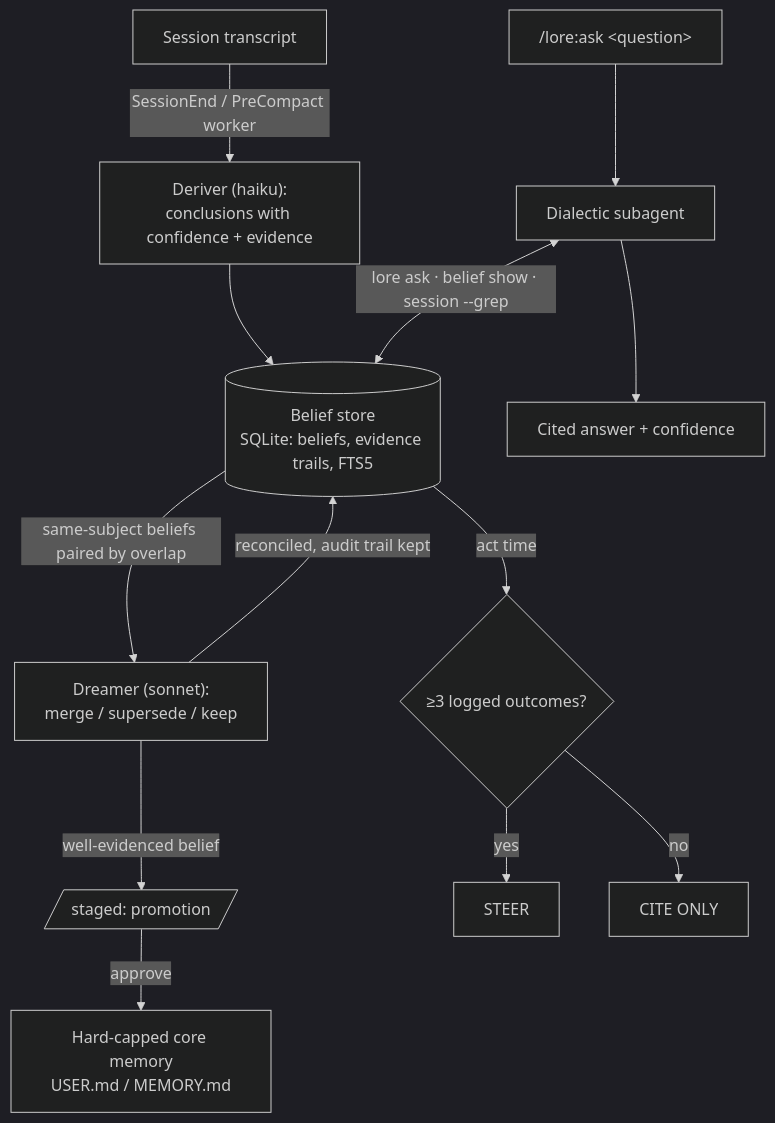
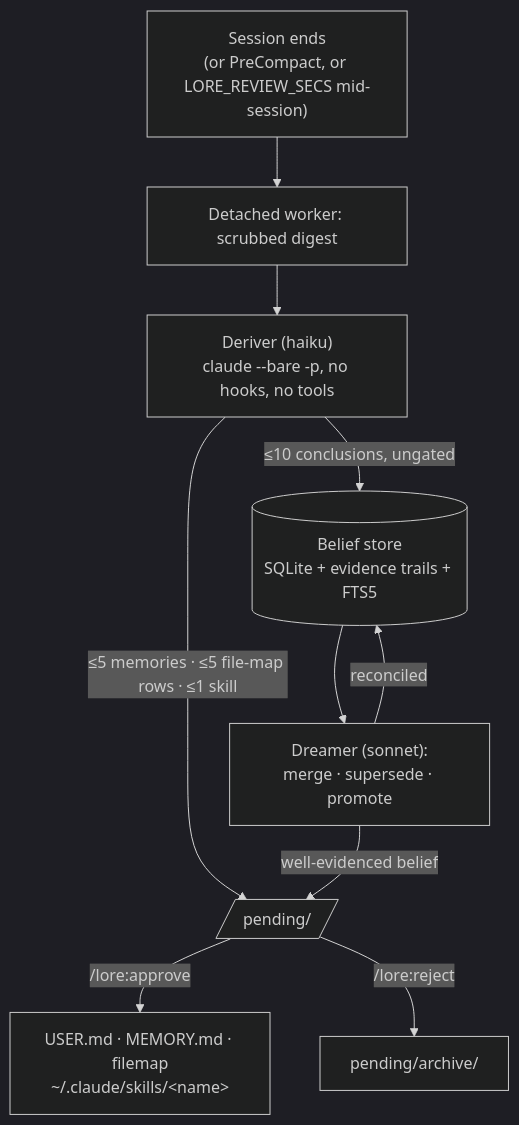
Before and after one commit to docwilde/LORE: the first of 2 diagrams in README.md, drawn with Mermaid (dark theme). The commit also changed other lines of this file, not shown here.

````diff
--- a/README.md
+++ b/README.md
@@ -218,15 +73,12 @@
 ```mermaid
 flowchart TD
-    S["Session transcript"] -->|"SessionEnd / PreCompact worker"| DE["Deriver (haiku):<br/>conclusions with confidence + evidence"]
-    DE --> B[("Belief store<br/>SQLite: beliefs, evidence trails, FTS5")]
-    B -->|"same-subject beliefs paired by overlap"| DR["Dreamer (sonnet):<br/>merge / supersede / keep"]
-    DR -->|"reconciled, audit trail kept"| B
-    DR -->|"well-evidenced belief"| P[/"staged: promotion"/]
-    P -->|"approve"| M["Hard-capped core memory<br/>USER.md / MEMORY.md"]
-    Q["/lore:ask &lt;question&gt;"] --> DI["Dialectic subagent"]
-    DI <-->|"lore ask · belief show · session --grep"| B
-    DI --> A["Cited answer + confidence"]
-    B -->|"act time"| CO{"≥3 logged outcomes?"}
-    CO -->|"yes"| ST["STEER"]
-    CO -->|"no"| CI["CITE ONLY"]
+    S["Session ends<br/>(or PreCompact, or LORE_REVIEW_SECS mid-session)"] --> W["Detached worker: scrubbed digest"]
+    W --> D["Deriver (haiku)<br/>claude --bare -p, no hooks, no tools"]
+    D -->|"≤10 conclusions, ungated"| B[("Belief store<br/>SQLite + evidence trails + FTS5")]
+    D -->|"≤5 memories · ≤5 file-map rows · ≤1 skill"| P[/"pending/"/]
+    B --> DR["Dreamer (sonnet):<br/>merge · supersede · promote"]
+    DR -->|"reconciled"| B
+    DR -->|"well-evidenced belief"| P
+    P -->|"/lore:approve"| M["USER.md · MEMORY.md · filemap<br/>~/.claude/skills/&lt;name&gt;"]
+    P -->|"/lore:reject"| A["pending/archive/"]
 ```
````
